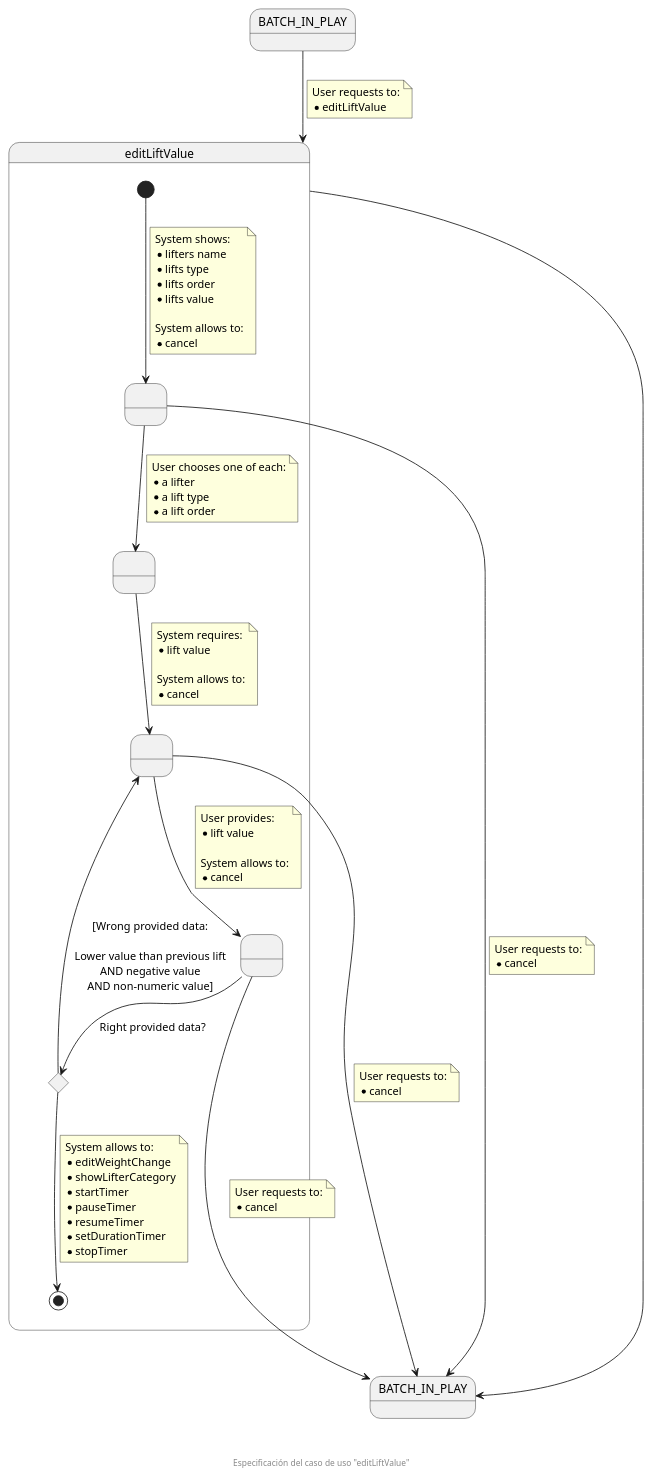
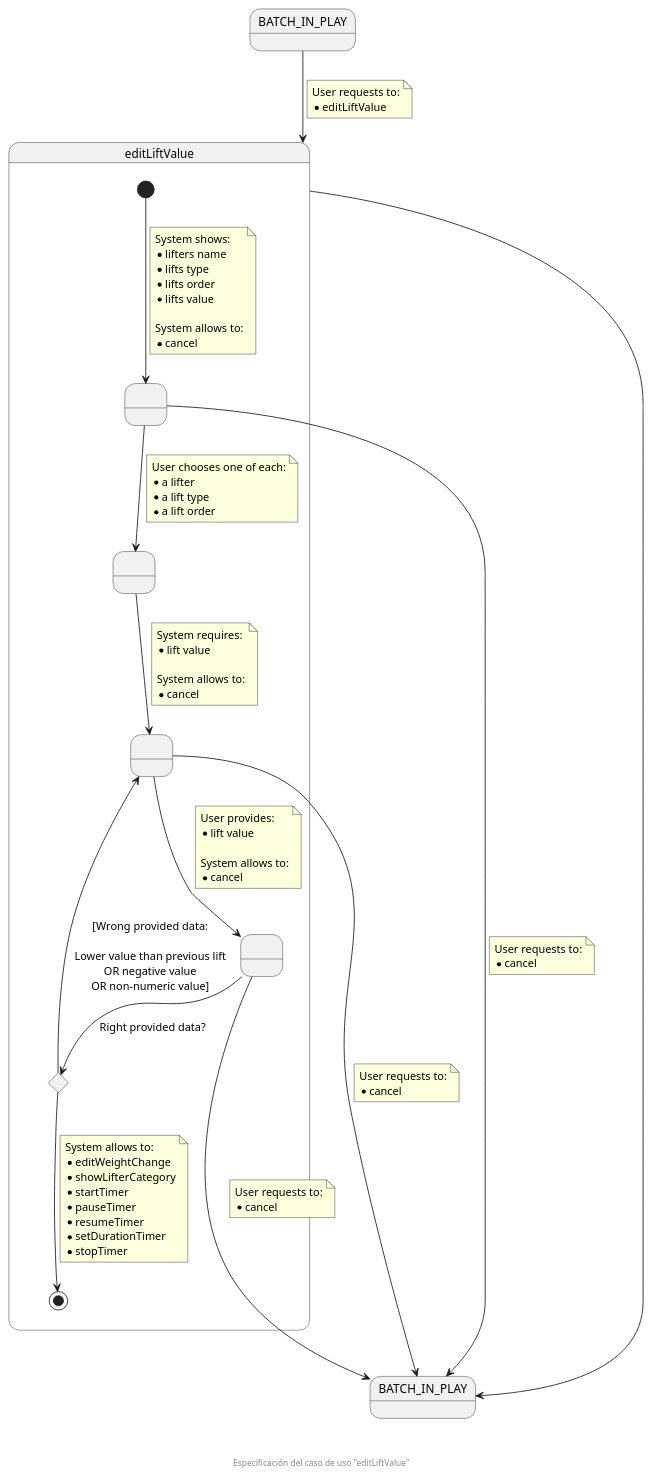
Before and after one commit to zuldare/mastercloud_pfm_halterocms: the diagram in documentation/diagrams/1_requirements/3_useCasesSpecification/competitionSecretary/03_editLiftValue.puml, drawn with PlantUML.

Commit message:
Fix editLiftValue condition

```diff
--- a/documentation/diagrams/1_requirements/3_useCasesSpecification/competitionSecretary/03_editLiftValue.puml
+++ b/documentation/diagrams/1_requirements/3_useCasesSpecification/competitionSecretary/03_editLiftValue.puml
@@ -1,94 +1,94 @@
 @startuml
 state BATCH_IN_PLAY
 state "BATCH_IN_PLAY" as BATCH_IN_PLAY_F
 state editLiftValue {
   state " " as SHOWED_LIFTS_VALUE
   state " " as CHOSEN_LIFTER
   state " " as REQUIRED_DATA
   state " " as PROVIDED_DATA
   state wrongDataProvidedCHC <<choice>>
 
   [*] --> SHOWED_LIFTS_VALUE
   note on link
     System shows:
     * lifters name
     * lifts type
     * lifts order
     * lifts value
 
     System allows to:
     * cancel
   end note
   
   SHOWED_LIFTS_VALUE --> CHOSEN_LIFTER
   note on link
     User chooses one of each:
     * a lifter
     * a lift type
     * a lift order
   end note
 
   SHOWED_LIFTS_VALUE -down-> BATCH_IN_PLAY_F
   note on link
     User requests to:
     * cancel
   end note
 
   CHOSEN_LIFTER --> REQUIRED_DATA
   note on link
     System requires:
     * lift value
 
     System allows to:
     * cancel
   end note
 
   REQUIRED_DATA -down---> BATCH_IN_PLAY_F
   note on link
     User requests to:
     * cancel
   end note
 
   REQUIRED_DATA --> PROVIDED_DATA
   note on link
     User provides:
     * lift value
 
     System allows to:
     * cancel
   end note
 
   PROVIDED_DATA --> wrongDataProvidedCHC : Right provided data?
 
   wrongDataProvidedCHC --> [*]
   note on link
     System allows to:
     * editWeightChange
     * showLifterCategory
     * startTimer
     * pauseTimer
     * resumeTimer
     * setDurationTimer
     * stopTimer
   end note
 
 
-  wrongDataProvidedCHC --> REQUIRED_DATA : [Wrong provided data:\n\nLower value than previous lift\nAND negative value\nAND non-numeric value]
+  wrongDataProvidedCHC --> REQUIRED_DATA : [Wrong provided data:\n\nLower value than previous lift\nOR negative value\nOR non-numeric value]
 
   PROVIDED_DATA -down---> BATCH_IN_PLAY_F
   note on link
     User requests to:
     * cancel
   end note
 }
 
 BATCH_IN_PLAY --> editLiftValue
 note on link
   User requests to:
   * editLiftValue
 end note
 
 editLiftValue ---> BATCH_IN_PLAY_F
 
 footer \n\n\n Especificación del caso de uso "editLiftValue"
 @enduml
```
